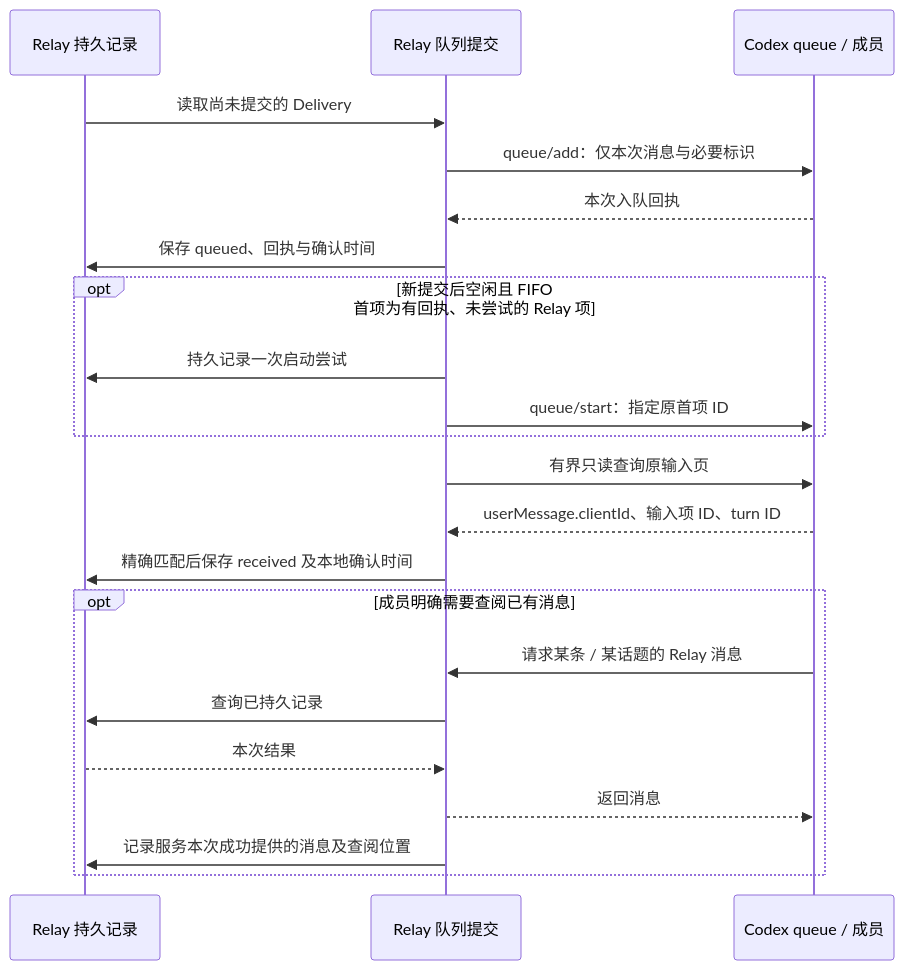
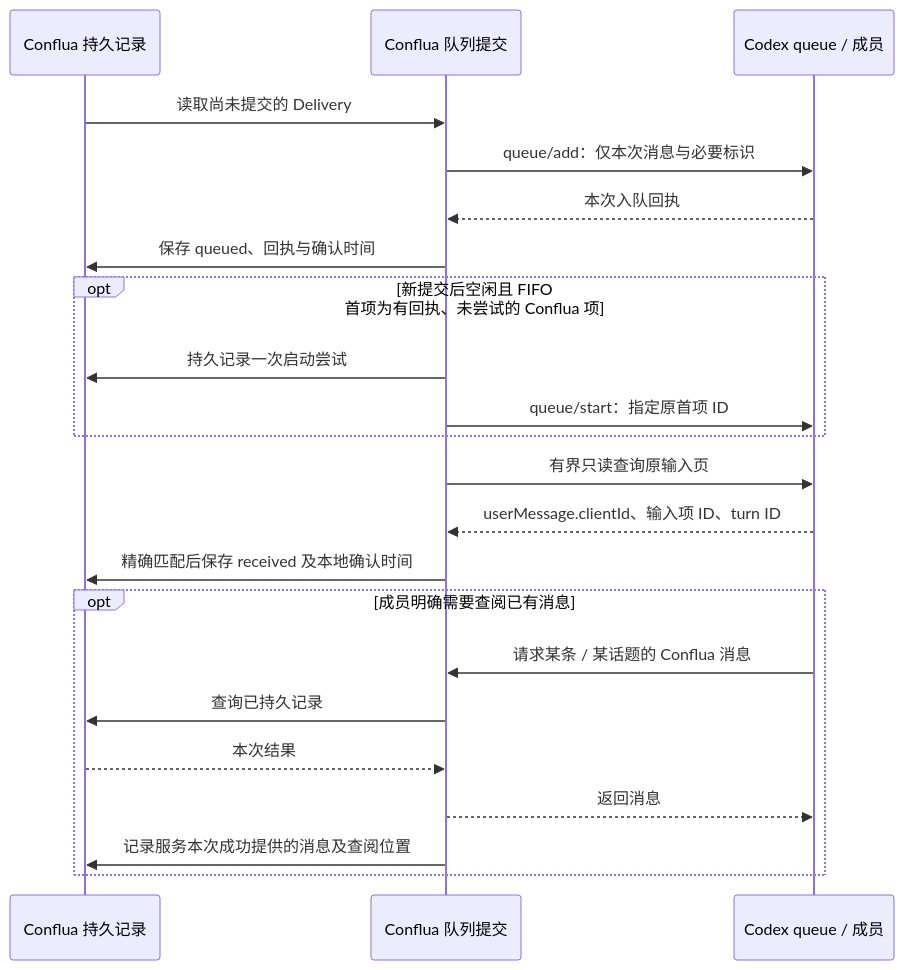
The fourth of 5 diagrams in docs/design/codex-session-chat-collaboration.md (leoninew/agent-relay), drawn with Mermaid before and after one commit. The commit also changed other lines of this file and 383 other files, not shown here.

First line of the commit message:
refactor: rename Agent Relay to Conflua

````diff
--- a/docs/design/codex-session-chat-collaboration.md
+++ b/docs/design/codex-session-chat-collaboration.md
@@ -296,24 +296,24 @@
 ```mermaid
 sequenceDiagram
-    participant DB as Relay 持久记录
-    participant R as Relay 队列提交
+    participant DB as Conflua 持久记录
+    participant R as Conflua 队列提交
     participant C as Codex queue / 成员
     DB->>R: 读取尚未提交的 Delivery
     R->>C: queue/add：仅本次消息与必要标识
     C-->>R: 本次入队回执
     R->>DB: 保存 queued、回执与确认时间
-    opt 新提交后空闲且 FIFO 首项为有回执、未尝试的 Relay 项
+    opt 新提交后空闲且 FIFO 首项为有回执、未尝试的 Conflua 项
         R->>DB: 持久记录一次启动尝试
         R->>C: queue/start：指定原首项 ID
     end
     R->>C: 有界只读查询原输入页
     C-->>R: userMessage.clientId、输入项 ID、turn ID
     R->>DB: 精确匹配后保存 received 及本地确认时间
     opt 成员明确需要查阅已有消息
-        C->>R: 请求某条 / 某话题的 Relay 消息
+        C->>R: 请求某条 / 某话题的 Conflua 消息
         R->>DB: 查询已持久记录
         DB-->>R: 本次结果
         R-->>C: 返回消息
         R->>DB: 记录服务本次成功提供的消息及查阅位置
     end
 ```
````
